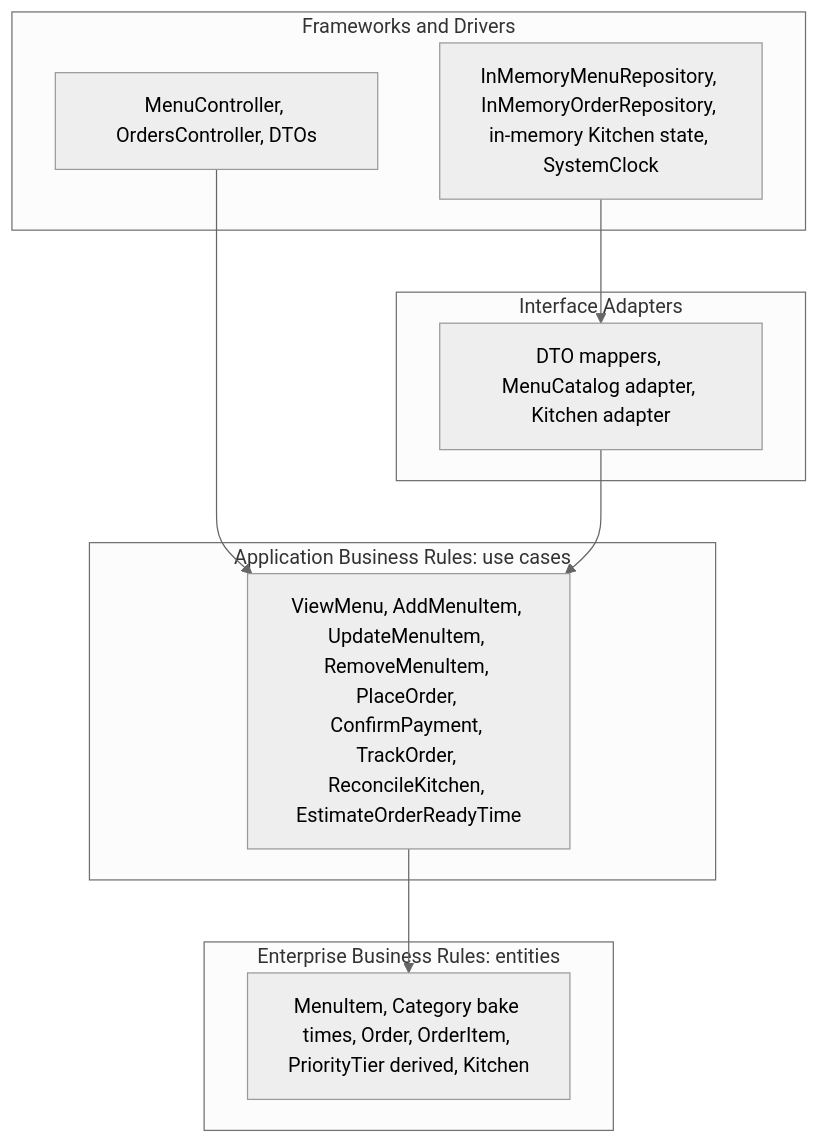
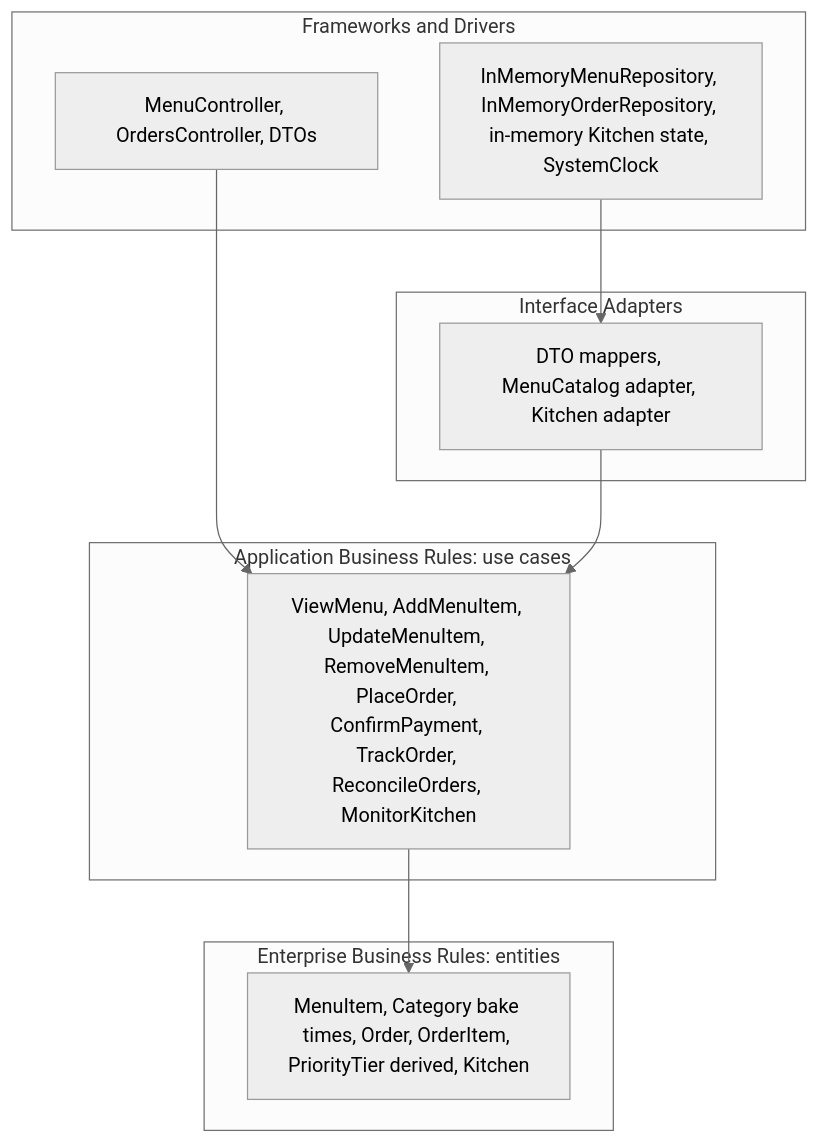
The second of 2 diagrams in docs/module-map.md (AndSanG/SnackBuilderBakery), drawn with Mermaid (neutral theme) before and after one commit. The commit also changed other lines of this file and 3 other files, not shown here.

````diff
--- a/docs/module-map.md
+++ b/docs/module-map.md
@@ -126,21 +100,21 @@
 ```mermaid
 graph TD
   subgraph Drivers [Frameworks and Drivers]
     INF[InMemoryMenuRepository, InMemoryOrderRepository, in-memory Kitchen state, SystemClock]
     WEB[MenuController, OrdersController, DTOs]
   end
   subgraph Adapters [Interface Adapters]
     AD[DTO mappers, MenuCatalog adapter, Kitchen adapter]
   end
   subgraph UseCases [Application Business Rules: use cases]
-    UC[ViewMenu, AddMenuItem, UpdateMenuItem, RemoveMenuItem, PlaceOrder, ConfirmPayment, TrackOrder, ReconcileKitchen, EstimateOrderReadyTime]
+    UC[ViewMenu, AddMenuItem, UpdateMenuItem, RemoveMenuItem, PlaceOrder, ConfirmPayment, TrackOrder, ReconcileOrders, MonitorKitchen]
   end
   subgraph Entities [Enterprise Business Rules: entities]
     ENT[MenuItem, Category bake times, Order, OrderItem, PriorityTier derived, Kitchen]
   end
 
   WEB --> UC
   INF --> AD
   AD --> UC
   UC --> ENT
 ```
````
